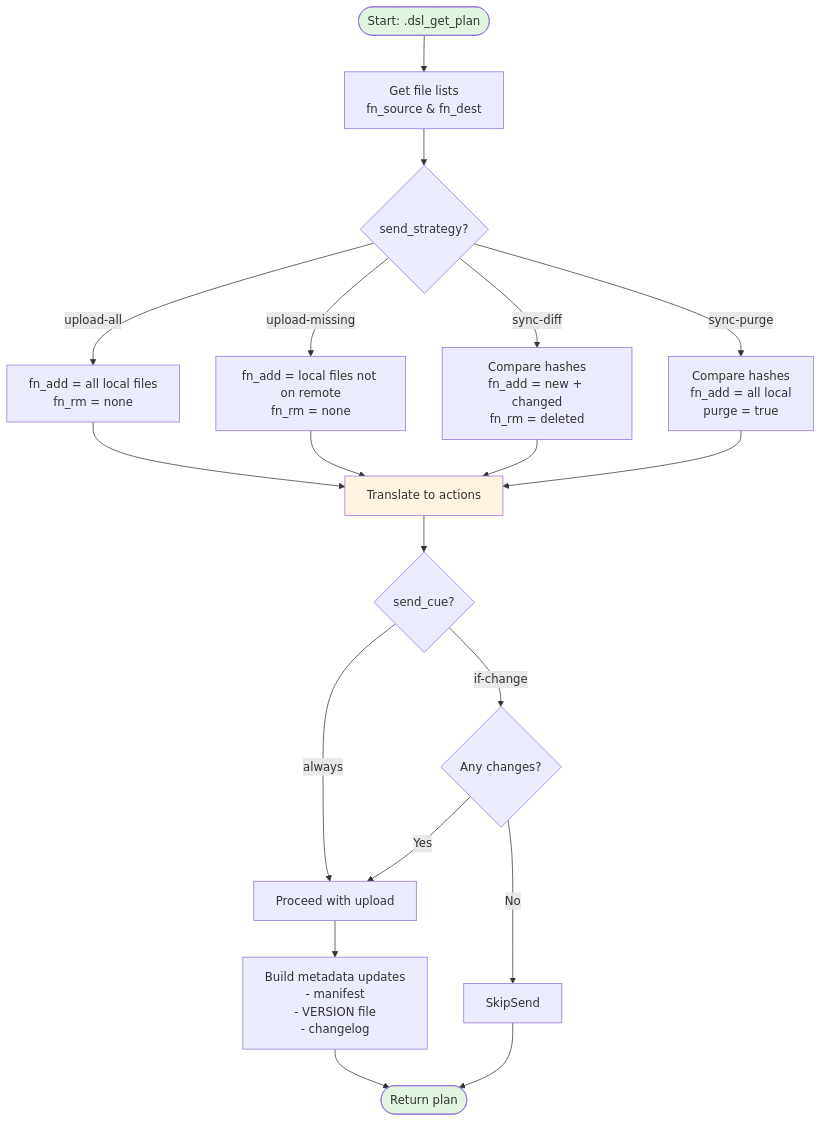
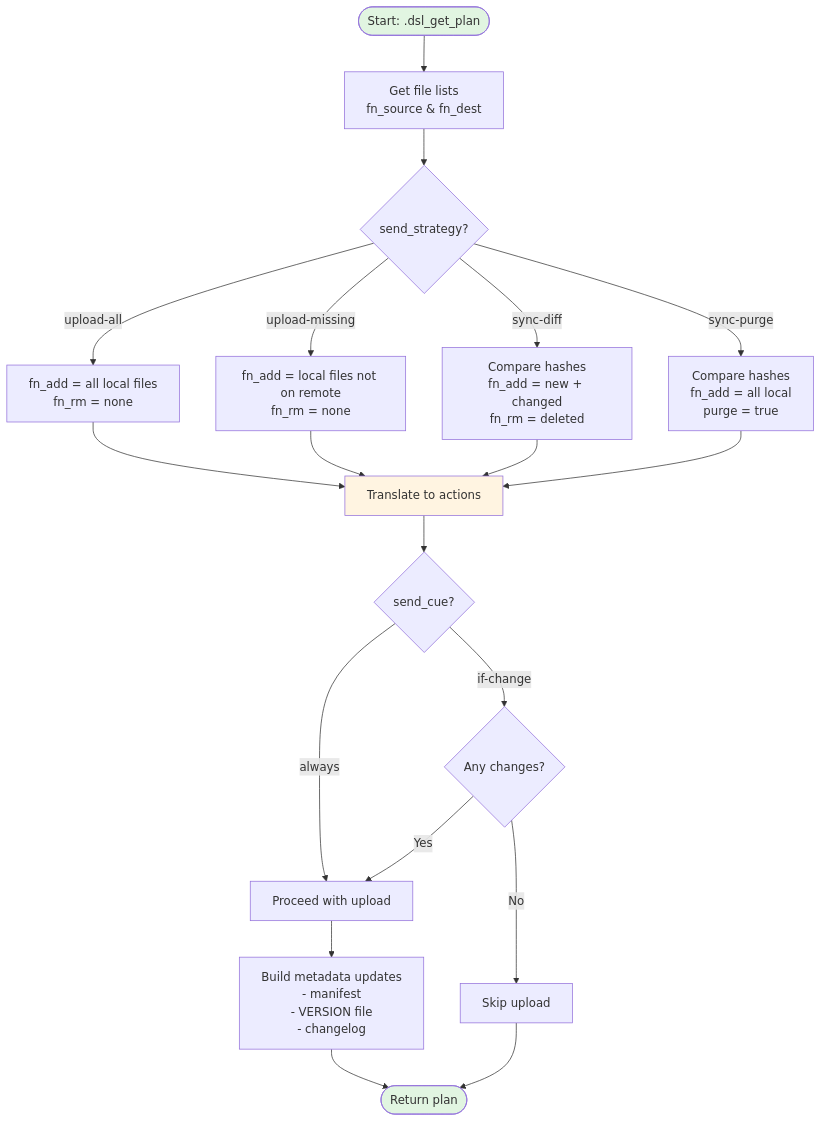
The second of 4 diagrams in vignettes/dest-send-workflow.Rmd (SATVILab/projr), drawn with Mermaid before and after one commit. The commit also changed other lines of this file and 6 other files, not shown here.

````diff
--- a/vignettes/dest-send-workflow.Rmd
+++ b/vignettes/dest-send-workflow.Rmd
@@ -94,31 +97,31 @@
-```{mermaid}
+```mermaid
 flowchart TD
     Start([Start: .dsl_get_plan]) --> GetFilenames[Get file lists<br/>fn_source & fn_dest]
     
     GetFilenames --> Strategy{send_strategy?}
     
     Strategy -->|upload-all| UploadAll[fn_add = all local files<br/>fn_rm = none]
     Strategy -->|upload-missing| UploadMissing[fn_add = local files not on remote<br/>fn_rm = none]
     Strategy -->|sync-diff| SyncDiff[Compare hashes<br/>fn_add = new + changed<br/>fn_rm = deleted]
     Strategy -->|sync-purge| SyncPurge[Compare hashes<br/>fn_add = all local<br/>purge = true]
     
     UploadAll --> BuildActions[Translate to actions]
     UploadMissing --> BuildActions
     SyncDiff --> BuildActions
     SyncPurge --> BuildActions
     
     BuildActions --> CheckCue{send_cue?}
     CheckCue -->|always| ProceedSend[Proceed with upload]
     CheckCue -->|if-change| CheckChanges{Any changes?}
     
     CheckChanges -->|Yes| ProceedSend
-    CheckChanges -->|No| SkipSend
+    CheckChanges -->|No| SkipSend[Skip upload]
     
     ProceedSend --> BuildMetadata[Build metadata updates<br/>- manifest<br/>- VERSION file<br/>- changelog]
     SkipSend --> End
     BuildMetadata --> End([Return plan])
     
     style Start fill:#e1f5e1
     style End fill:#e1f5e1
     style BuildActions fill:#fff4e1
 ```
````
